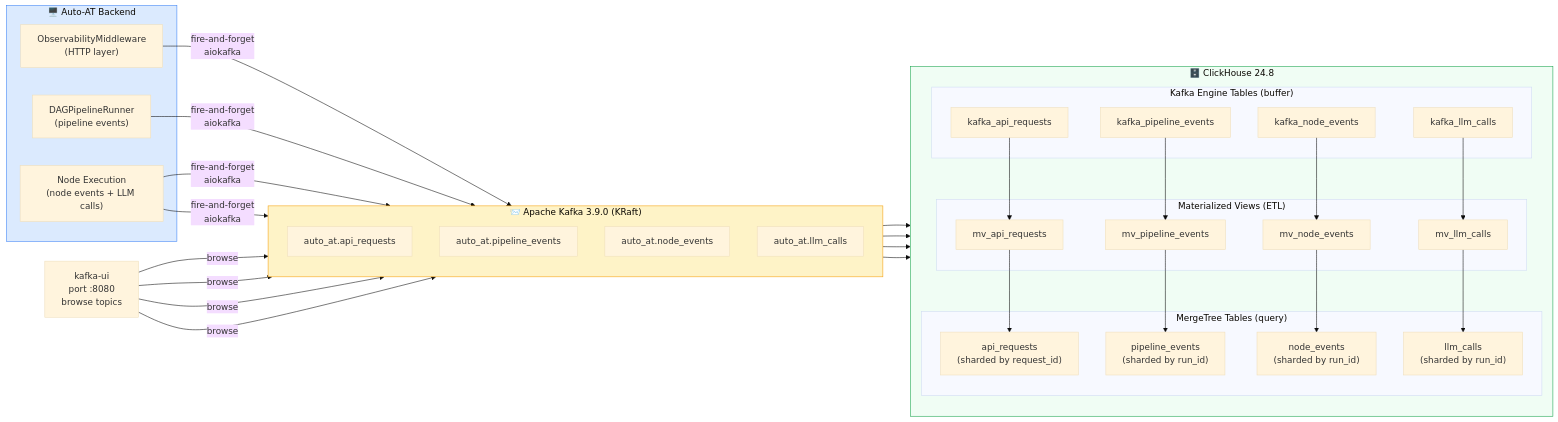
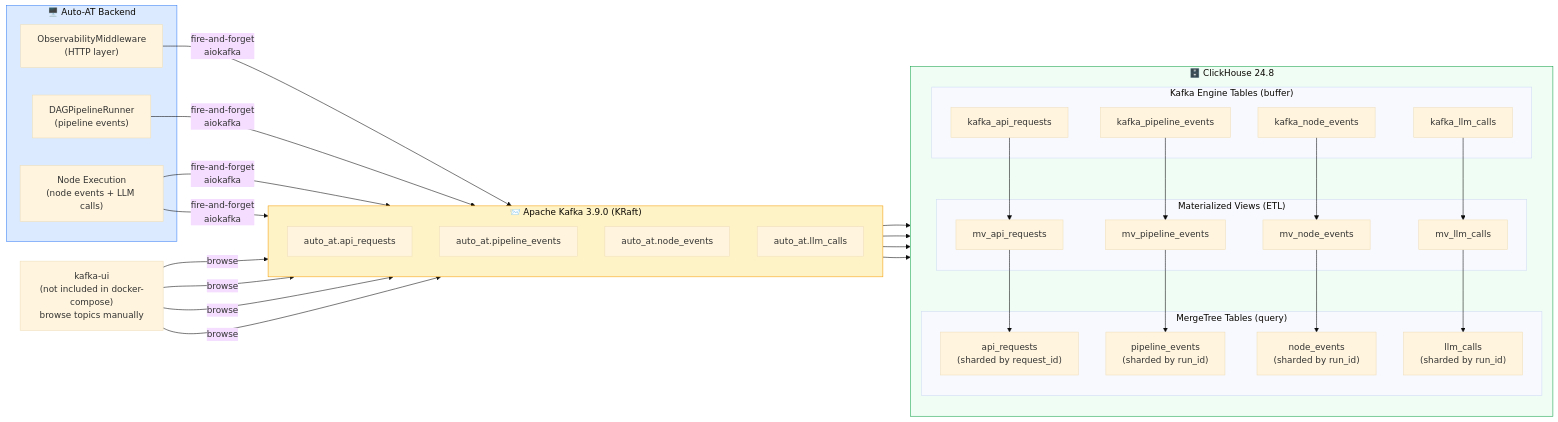
The first of 4 diagrams in docs/observability.md (HenSanInDuty/agent-automation-testing), drawn with Mermaid (base theme) before and after one commit. The commit also changed 6 other files, not shown here.

````diff
--- a/docs/observability.md
+++ b/docs/observability.md
@@ -5,59 +5,59 @@
 ```mermaid
 flowchart LR
     subgraph APP["🖥️ Auto-AT Backend"]
         MW["ObservabilityMiddleware\n(HTTP layer)"]
         DAG["DAGPipelineRunner\n(pipeline events)"]
         NODE["Node Execution\n(node events + LLM calls)"]
     end
 
     subgraph KAFKA["📨 Apache Kafka 3.9.0 (KRaft)"]
         direction TB
         T1["auto_at.api_requests"]
         T2["auto_at.pipeline_events"]
         T3["auto_at.node_events"]
         T4["auto_at.llm_calls"]
     end
 
     subgraph CLICKHOUSE["🗄️ ClickHouse 24.8"]
         direction TB
         subgraph KE["Kafka Engine Tables (buffer)"]
             KT1["kafka_api_requests"]
             KT2["kafka_pipeline_events"]
             KT3["kafka_node_events"]
             KT4["kafka_llm_calls"]
         end
         subgraph MV["Materialized Views (ETL)"]
             MV1["mv_api_requests"]
             MV2["mv_pipeline_events"]
             MV3["mv_node_events"]
             MV4["mv_llm_calls"]
         end
         subgraph MT["MergeTree Tables (query)"]
             MT1["api_requests\n(sharded by request_id)"]
             MT2["pipeline_events\n(sharded by run_id)"]
             MT3["node_events\n(sharded by run_id)"]
             MT4["llm_calls\n(sharded by run_id)"]
         end
     end
 
-    KAFKAUI["kafka-ui\nport :8080\nbrowse topics"]
+    KAFKAUI["kafka-ui\n(not included in docker-compose)\nbrowse topics manually"]
 
     MW -->|"fire-and-forget\naiokafka"| T1
     DAG -->|"fire-and-forget\naiokafka"| T2
     NODE -->|"fire-and-forget\naiokafka"| T3
     NODE -->|"fire-and-forget\naiokafka"| T4
 
     T1 --> KT1 --> MV1 --> MT1
     T2 --> KT2 --> MV2 --> MT2
     T3 --> KT3 --> MV3 --> MT3
     T4 --> KT4 --> MV4 --> MT4
 
     KAFKAUI -->|"browse"| T1
     KAFKAUI -->|"browse"| T2
     KAFKAUI -->|"browse"| T3
     KAFKAUI -->|"browse"| T4
 
     style APP fill:#dbeafe,stroke:#3b82f6
     style KAFKA fill:#fef3c7,stroke:#f59e0b
     style CLICKHOUSE fill:#f0fdf4,stroke:#16a34a
 ```
````
